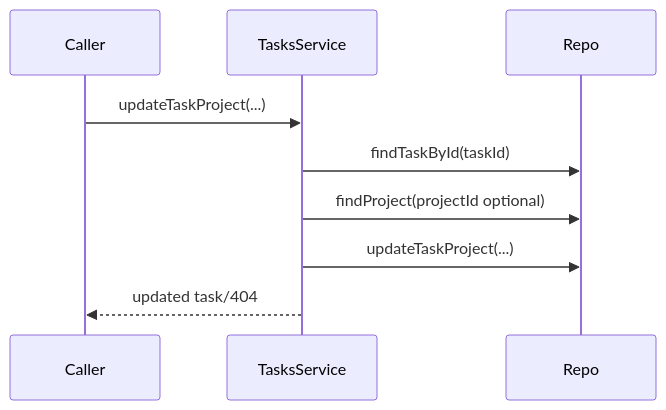
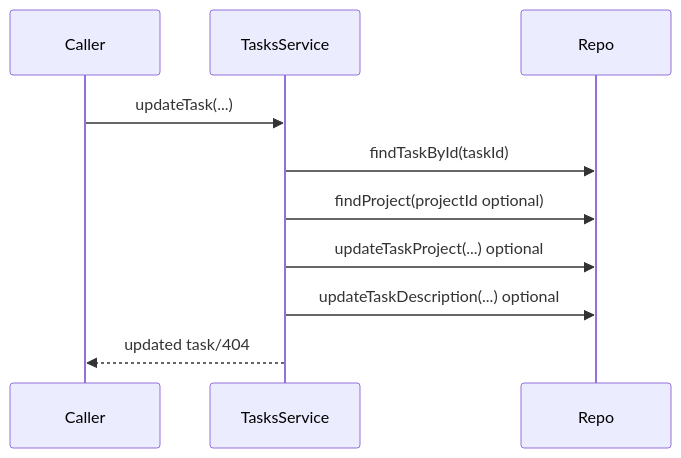
Before and after one commit to TurtleStoffel/tektite-console: the tenth of 21 diagrams in src/backend/domains/tasks/README.md, drawn with Mermaid. The commit also changed other lines of this file and 5 other files, not shown here.

Commit message:
Add canvas task click-to-edit modal with description updates

````diff
--- a/src/backend/domains/tasks/README.md
+++ b/src/backend/domains/tasks/README.md
@@ -115,11 +115,12 @@
 ```mermaid
 sequenceDiagram
     participant Caller
     participant TasksService
     participant Repo
-    Caller->>TasksService: updateTaskProject(...)
+    Caller->>TasksService: updateTask(...)
     TasksService->>Repo: findTaskById(taskId)
     TasksService->>Repo: findProject(projectId optional)
-    TasksService->>Repo: updateTaskProject(...)
+    TasksService->>Repo: updateTaskProject(...) optional
+    TasksService->>Repo: updateTaskDescription(...) optional
     TasksService-->>Caller: updated task/404
 ```
````
